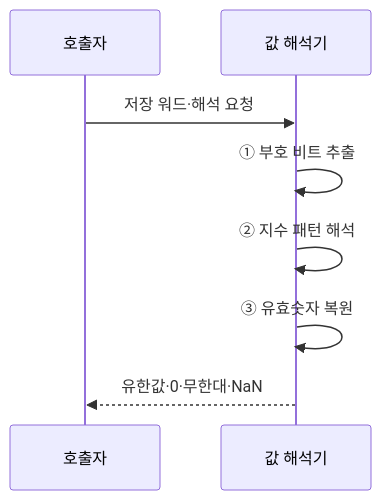
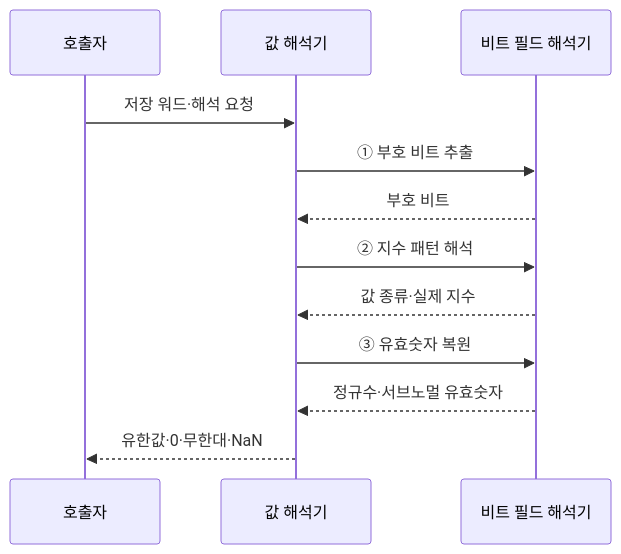
One commit to agnusdei1207/knowledge-base changed the second of 2 diagrams in src/content/docs/notes/01-basic-theory/023_floating_point_ieee_754.md. Above: the diagram before and after it, drawn with Mermaid. The commit also changed other lines of this file and 20 other files, not shown here.

````diff
--- a/src/content/docs/notes/01-basic-theory/023_floating_point_ieee_754.md
+++ b/src/content/docs/notes/01-basic-theory/023_floating_point_ieee_754.md
@@ -82,10 +89,14 @@
 ```mermaid
 sequenceDiagram
     participant C as 호출자
     participant D as 값 해석기
+    participant X as 비트 필드 해석기
     C->>D: 저장 워드·해석 요청
-    D->>D: ① 부호 비트 추출
-    D->>D: ② 지수 패턴 해석
-    D->>D: ③ 유효숫자 복원
+    D->>X: ① 부호 비트 추출
+    X-->>D: 부호 비트
+    D->>X: ② 지수 패턴 해석
+    X-->>D: 값 종류·실제 지수
+    D->>X: ③ 유효숫자 복원
+    X-->>D: 정규수·서브노멀 유효숫자
     D-->>C: 유한값·0·무한대·NaN
 ```
````
